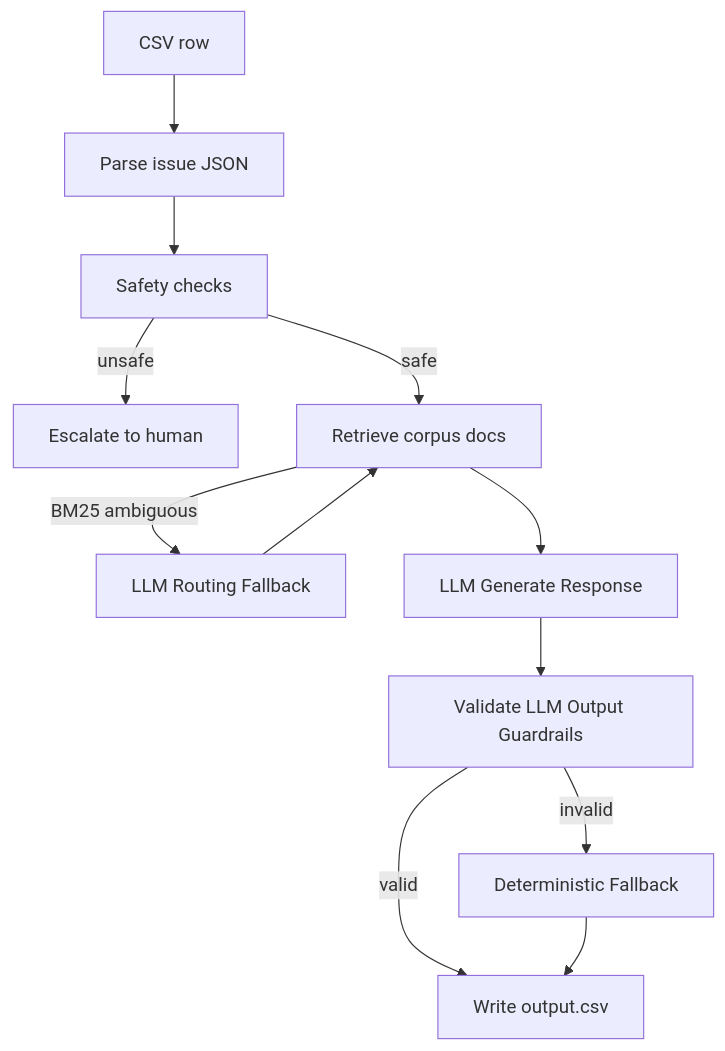
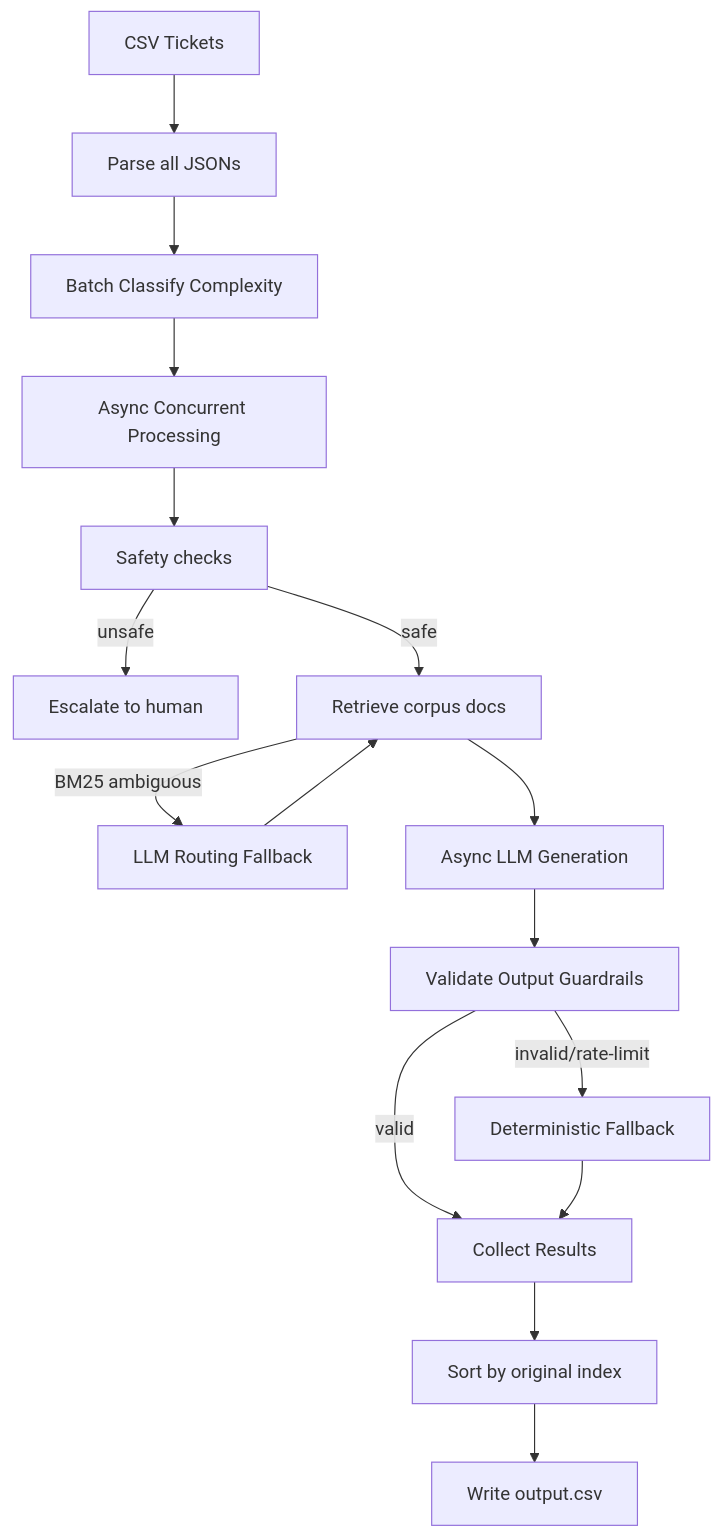
One commit to DishaGarg-16/support_agent changed the diagram in code/ARCHITECTURE.md. Above: the diagram before and after it, drawn with Mermaid. The commit also changed other lines of this file, not shown here.

Commit message:
updating the architecture diagram

````diff
--- a/code/ARCHITECTURE.md
+++ b/code/ARCHITECTURE.md
@@ -16,14 +17,18 @@
 ```mermaid
 flowchart TD
-    A[CSV row] --> B[Parse issue JSON]
-    B --> C[Safety checks]
-    C -->|unsafe| D[Escalate to human]
-    C -->|safe| E[Retrieve corpus docs]
-    E -->|BM25 ambiguous| E2[LLM Routing Fallback]
-    E2 --> E
-    E --> F[LLM Generate Response]
-    F --> G[Validate LLM Output Guardrails]
-    G -->|invalid| G2[Deterministic Fallback]
-    G -->|valid| H[Write output.csv]
-    G2 --> H
+    A[CSV Tickets] --> B[Parse all JSONs]
+    B --> C[Batch Classify Complexity]
+    C --> D[Async Concurrent Processing]
+    D --> E[Safety checks]
+    E -->|unsafe| F[Escalate to human]
+    E -->|safe| G[Retrieve corpus docs]
+    G -->|BM25 ambiguous| G2[LLM Routing Fallback]
+    G2 --> G
+    G --> H[Async LLM Generation]
+    H --> I[Validate Output Guardrails]
+    I -->|invalid/rate-limit| I2[Deterministic Fallback]
+    I -->|valid| J[Collect Results]
+    I2 --> J
+    J --> K[Sort by original index]
+    K --> L[Write output.csv]
 ```
````
